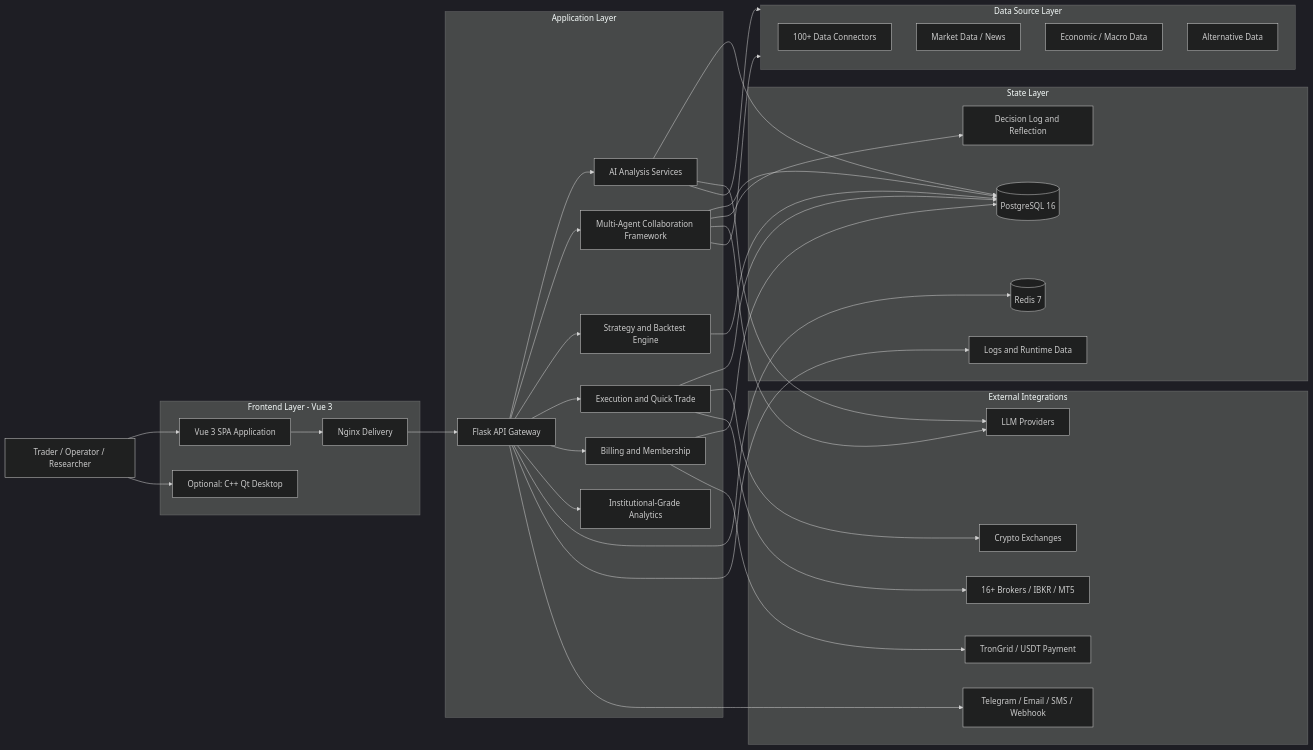
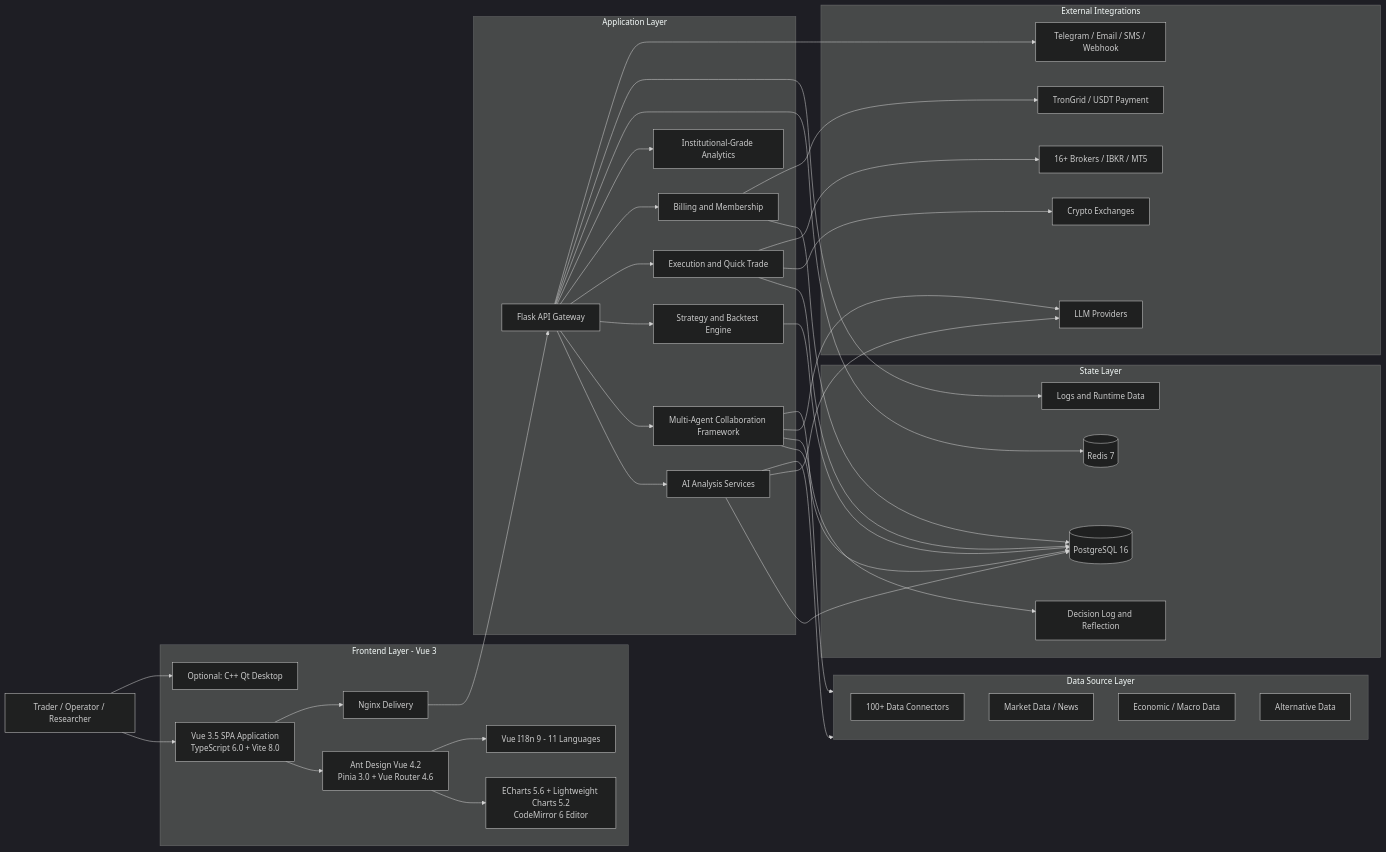
The diagram in README.md (joezxh/QuantDinger), drawn with Mermaid (dark theme) before and after one commit. The commit also changed other lines of this file and 1 other file, not shown here.

Commit message:
docs(readme): 更新项目文档以反映Fin-AI基于QuantDinger的技术栈
- 将项目名称从QuantDinger更新为Fin-AI
- 在前端技术栈部分添加Vue Router 4.6、ECharts 5.6、Lightweight Charts 5.2和CodeMirror 6
- 更新前端技术栈表格以包含完整的依赖列表和11种语言支持
- 重构前端架构图以显示更详细的技术组件层次结构
- 在架构图中添加UI组件层和图表国际化模块的依赖关系

````diff
--- a/README.md
+++ b/README.md
@@ -427,70 +427,76 @@
 ```mermaid
 flowchart LR
     U[Trader / Operator / Researcher]
 
     subgraph FE[Frontend Layer - Vue 3]
-        WEB[Vue 3 SPA Application]
+        WEB[Vue 3.5 SPA Application<br/>TypeScript 6.0 + Vite 8.0]
+        UI[Ant Design Vue 4.2<br/>Pinia 3.0 + Vue Router 4.6]
+        CHARTS[ECharts 5.6 + Lightweight Charts 5.2<br/>CodeMirror 6 Editor]
+        I18N[Vue I18n 9 - 11 Languages]
         NG[Nginx Delivery]
         DESKTOP[Optional: C++ Qt Desktop]
     end
 
     subgraph BE[Application Layer]
         API[Flask API Gateway]
         AI[AI Analysis Services]
         AGENT[Multi-Agent Collaboration Framework]
         STRAT[Strategy and Backtest Engine]
         EXEC[Execution and Quick Trade]
         BILL[Billing and Membership]
         ANALYTICS[Institutional-Grade Analytics]
     end
 
     subgraph DATA[State Layer]
         PG[(PostgreSQL 16)]
         REDIS[(Redis 7)]
         FILES[Logs and Runtime Data]
         MEMORY[Decision Log and Reflection]
     end
 
     subgraph DATASRC[Data Source Layer]
         DS100[100+ Data Connectors]
         MARKET[Market Data / News]
         ECON[Economic / Macro Data]
         ALT[Alternative Data]
     end
 
     subgraph EXT[External Integrations]
         LLM[LLM Providers]
         EXCH[Crypto Exchanges]
         BROKER[16+ Brokers / IBKR / MT5]
         PAY[TronGrid / USDT Payment]
         NOTIFY[Telegram / Email / SMS / Webhook]
     end
 
     U --> WEB
     U --> DESKTOP
+    WEB --> UI
+    UI --> CHARTS
+    UI --> I18N
     WEB --> NG --> API
     API --> AI
     API --> AGENT
     API --> STRAT
     API --> EXEC
     API --> BILL
     API --> ANALYTICS
 
     AI --> PG
     AGENT --> PG
     AGENT --> MEMORY
     STRAT --> PG
     EXEC --> PG
     BILL --> PG
     API --> REDIS
     API --> FILES
 
     AI --> LLM
     AGENT --> LLM
     AI --> DATASRC
     AGENT --> DATASRC
     EXEC --> EXCH
     EXEC --> BROKER
     BILL --> PAY
     API --> NOTIFY
 ```
````
